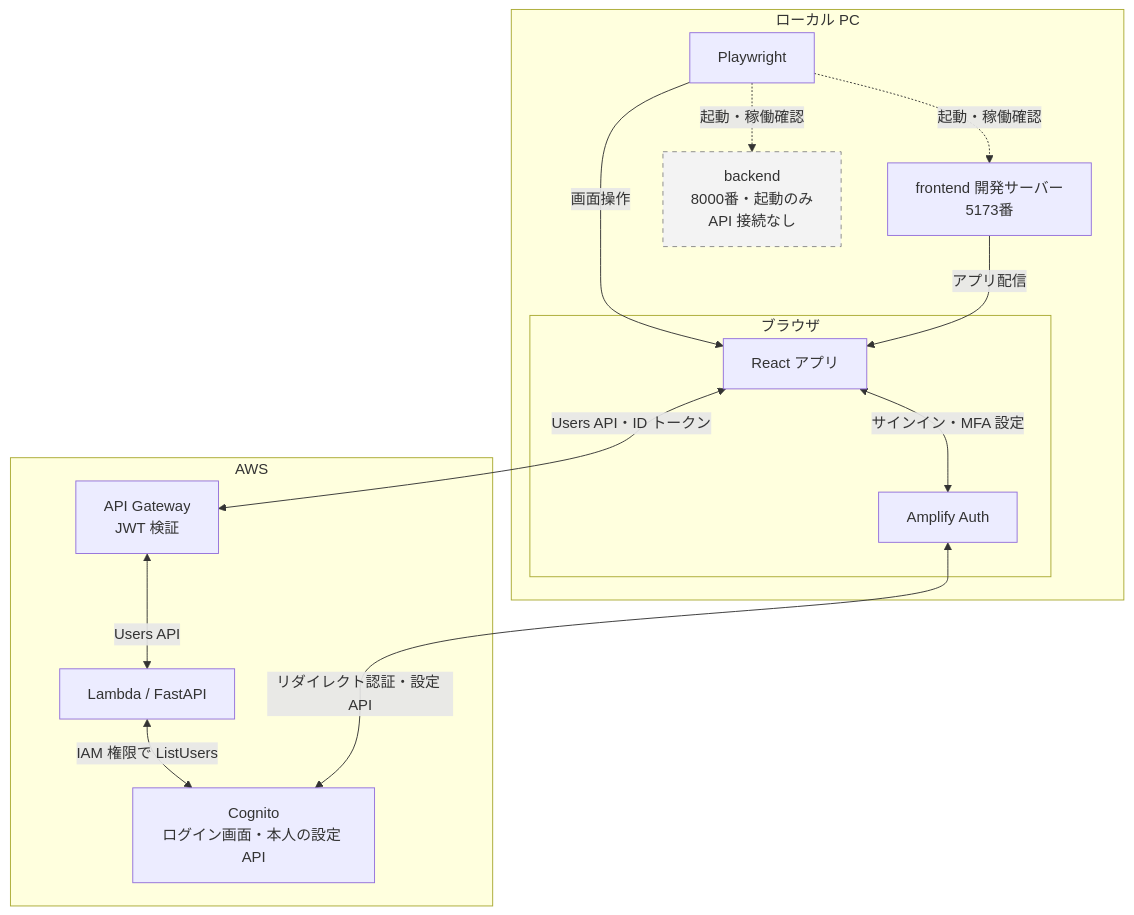
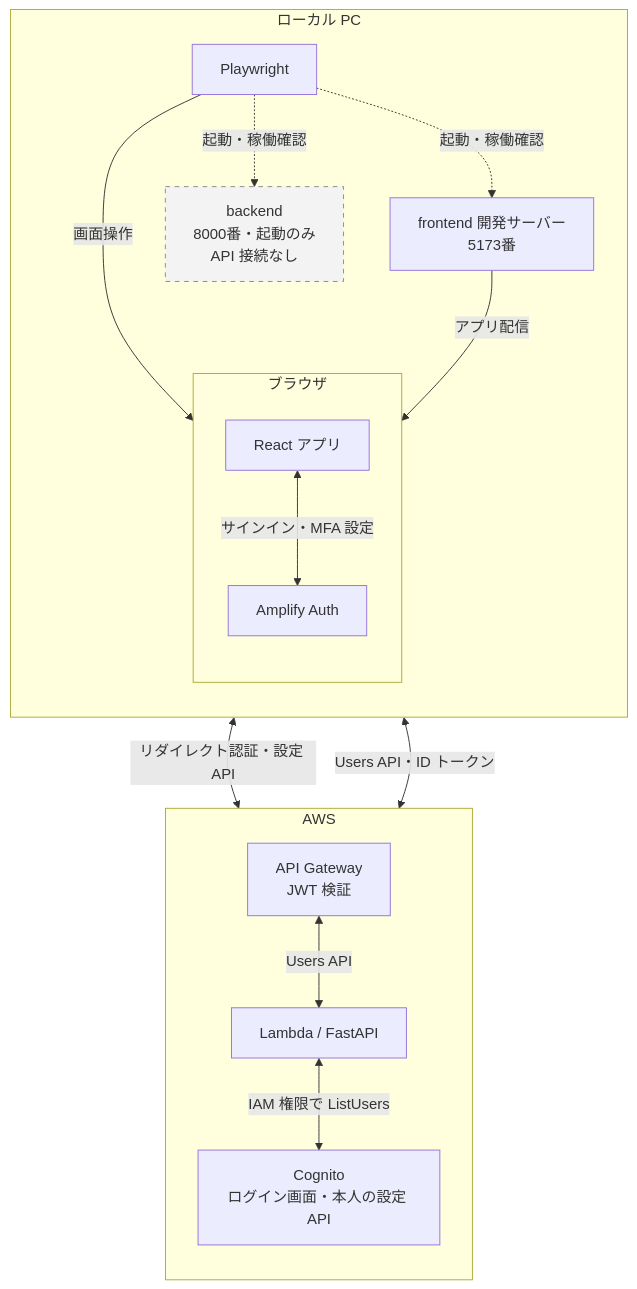
The second of 2 diagrams in e2e/README.md (tayutaedomo/react-cognito-sandbox), drawn with Mermaid before and after one commit. The commit also changed other lines of this file, not shown here.

First line of the commit message:
docs: 比較図の方向指定と目的別の見出しを統一する

````diff
--- a/e2e/README.md
+++ b/e2e/README.md
@@ -66,27 +68,30 @@
 ```mermaid
-flowchart TD
+flowchart TB
     subgraph Local["ローカル PC"]
+        direction TB
         P["Playwright"]
         F["frontend 開発サーバー<br/>5173番"]
         subgraph Browser["ブラウザ"]
+            direction TB
             R["React アプリ"]
             A["Amplify Auth"]
         end
         B["backend<br/>8000番・起動のみ<br/>API 接続なし"]
         P -->|画面操作| R
         P -.->|起動・稼働確認| F
         P -.->|起動・稼働確認| B
         F -->|アプリ配信| R
         R <-->|サインイン・MFA 設定| A
     end
     subgraph AWS["AWS"]
+        direction TB
         C["Cognito<br/>ログイン画面・本人の設定 API"]
         G["API Gateway<br/>JWT 検証"]
         L["Lambda / FastAPI"]
         G <-->|Users API| L
         L <-->|IAM 権限で ListUsers| C
     end
     A <-->|リダイレクト認証・設定 API| C
     R <-->|Users API・ID トークン| G
     style B fill:#f3f3f3,stroke:#888,stroke-dasharray:5 5
 ```
````
